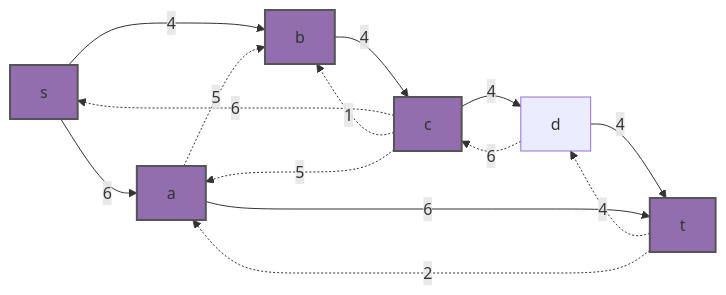
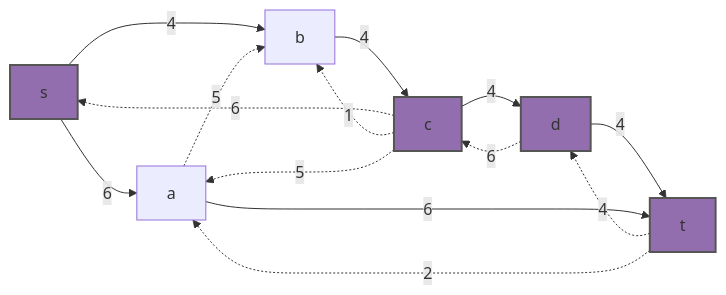
Before and after one commit to hse-algo-24-owl/manual-tasks-owl: the ninth of 16 diagrams in task-9/Budapest-task-9.md, drawn with Mermaid. The commit also changed other lines of this file, not shown here.

````diff
--- a/task-9/Budapest-task-9.md
+++ b/task-9/Budapest-task-9.md
@@ -162,21 +162,20 @@
 ```mermaid
 graph LR
     s-->|6|a
     s-->|4|b
     c-.->|6|s
     a-.->|5|b
     c-.->|1|b
     b-->|4|c
     d-.->|6|c
     c-->|4|d
     t-.->|4|d
     d-->|4|t
     c-.->|5|a
     t-.->|2|a
     a-->|6|t
-    style a fill:#926EAE,stroke:#555,stroke-width:2px
     style t fill:#926EAE,stroke:#555,stroke-width:2px
     style s fill:#926EAE,stroke:#555,stroke-width:2px
     style c fill:#926EAE,stroke:#555,stroke-width:2px
-    style b fill:#926EAE,stroke:#555,stroke-width:2px
+    style d fill:#926EAE,stroke:#555,stroke-width:2px
 ```
````
